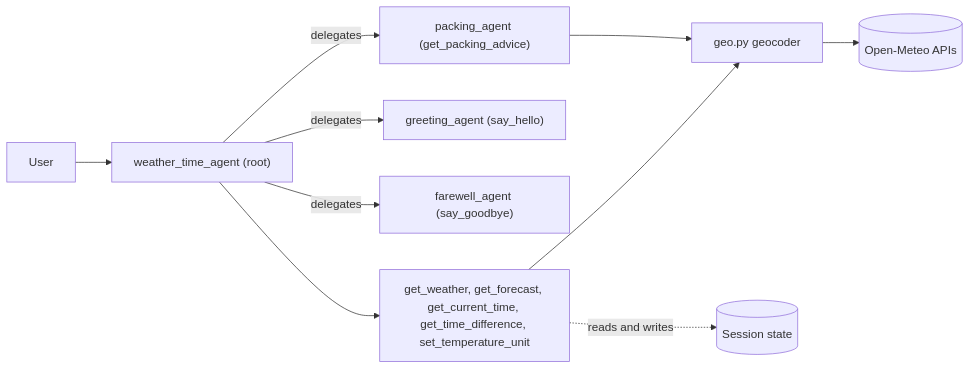
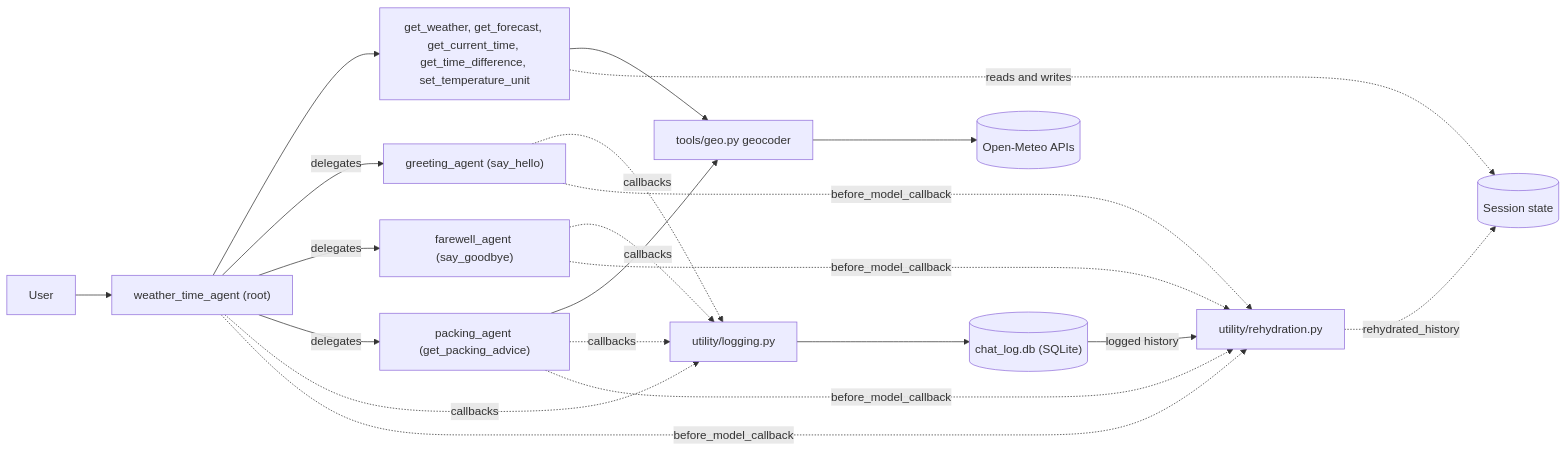
One commit to floraszugyiczki/adk-agents changed the diagram in README.md. Above: the diagram before and after it, drawn with Mermaid. The commit also changed other lines of this file and 38 other files, not shown here.

Commit message:
Move agents into backend/ and add chat logging

````diff
--- a/README.md
+++ b/README.md
@@ -47,12 +51,23 @@
 ```mermaid
 flowchart LR
     User --> Root["weather_time_agent (root)"]
     Root --> RootTools["get_weather, get_forecast, get_current_time, get_time_difference, set_temperature_unit"]
     Root -->|delegates| Greeting["greeting_agent (say_hello)"]
     Root -->|delegates| Farewell["farewell_agent (say_goodbye)"]
     Root -->|delegates| Packing["packing_agent (get_packing_advice)"]
-    RootTools --> Geo["geo.py geocoder"]
+    RootTools --> Geo["tools/geo.py geocoder"]
     Packing --> Geo
     Geo --> API[("Open-Meteo APIs")]
     RootTools -.reads and writes.-> State[("Session state")]
+    Root -.callbacks.-> Log["utility/logging.py"]
+    Greeting -.callbacks.-> Log
+    Farewell -.callbacks.-> Log
+    Packing -.callbacks.-> Log
+    Log --> DB[("chat_log.db (SQLite)")]
+    Root -.before_model_callback.-> Rehyd["utility/rehydration.py"]
+    Greeting -.before_model_callback.-> Rehyd
+    Farewell -.before_model_callback.-> Rehyd
+    Packing -.before_model_callback.-> Rehyd
+    DB -->|logged history| Rehyd
+    Rehyd -.rehydrated_history.-> State
 ```
````
